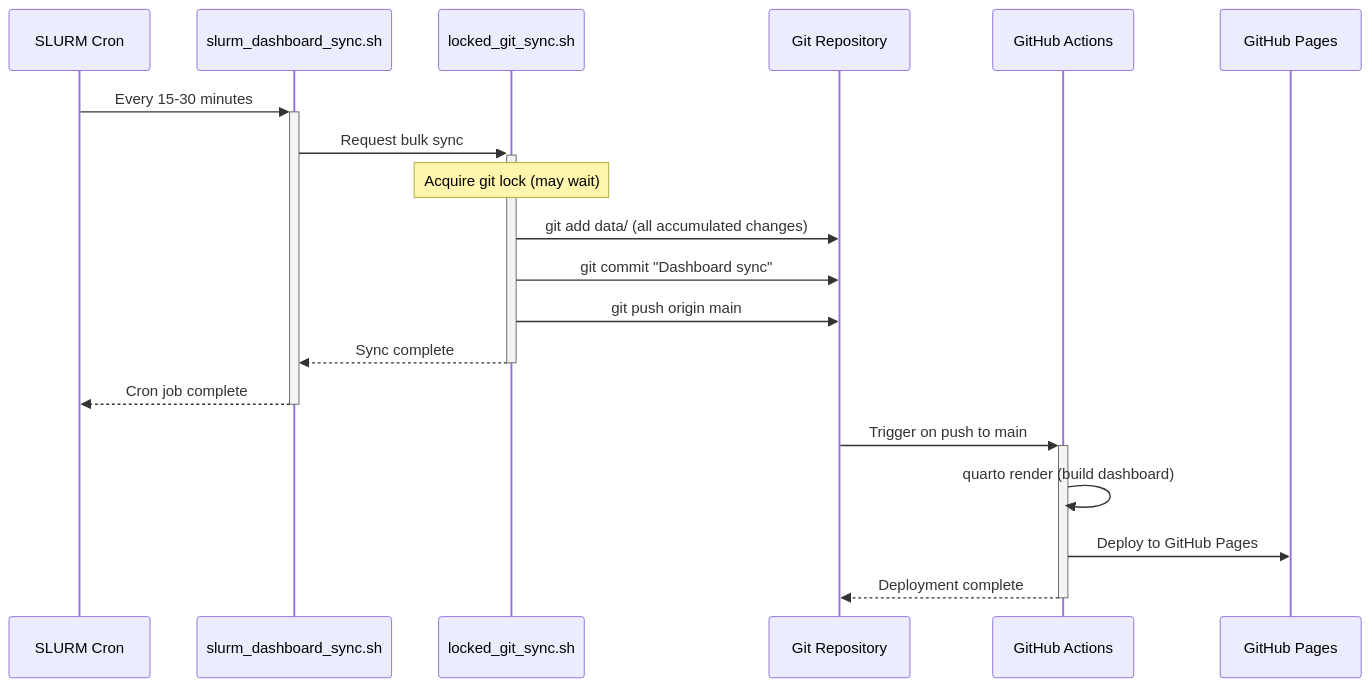
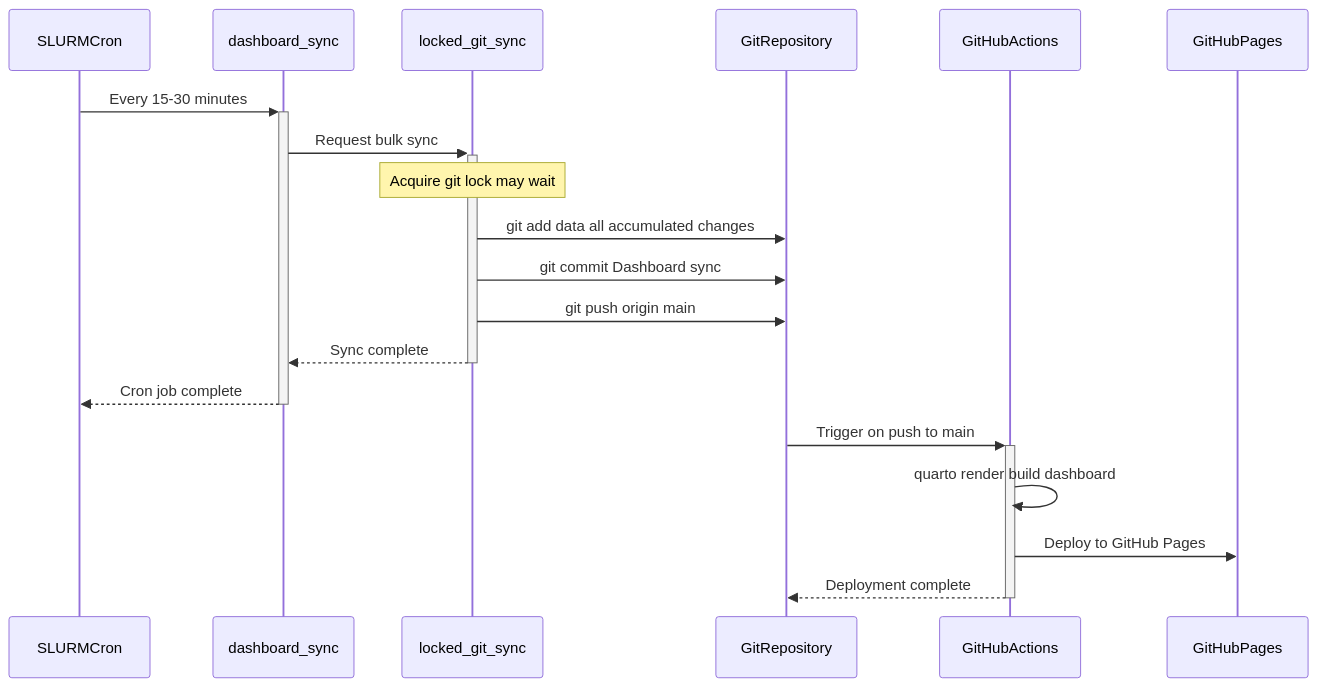
One commit to Mosquito-Alert/mosquito-alert-model-monitor changed the third of 4 diagrams in ARCHITECTURE.qmd. Above: the diagram before and after it, drawn with Mermaid. The commit also changed other lines of this file and 25 other files, not shown here.

````diff
--- a/ARCHITECTURE.qmd
+++ b/ARCHITECTURE.qmd
@@ -124,25 +124,25 @@
 ```{mermaid}
 sequenceDiagram
-    participant CRON as SLURM Cron
-    participant SDS as slurm_dashboard_sync.sh
-    participant LGS as locked_git_sync.sh
-    participant GIT as Git Repository
-    participant GA as GitHub Actions
-    participant GP as GitHub Pages
+    participant CRON as SLURMCron
+    participant SDS as dashboard_sync
+    participant LGS as locked_git_sync
+    participant GIT as GitRepository
+    participant GA as GitHubActions
+    participant GP as GitHubPages
     
     CRON->>+SDS: Every 15-30 minutes
     SDS->>+LGS: Request bulk sync
     
-    Note over LGS: Acquire git lock (may wait)
+    Note over LGS: Acquire git lock may wait
     
-    LGS->>GIT: git add data/ (all accumulated changes)
-    LGS->>GIT: git commit "Dashboard sync"
+    LGS->>GIT: git add data all accumulated changes
+    LGS->>GIT: git commit Dashboard sync
     LGS->>GIT: git push origin main
     LGS-->>-SDS: Sync complete
     SDS-->>-CRON: Cron job complete
     
     GIT->>+GA: Trigger on push to main
-    GA->>GA: quarto render (build dashboard)
+    GA->>GA: quarto render build dashboard
     GA->>GP: Deploy to GitHub Pages
     GA-->>-GIT: Deployment complete
 ```
````
